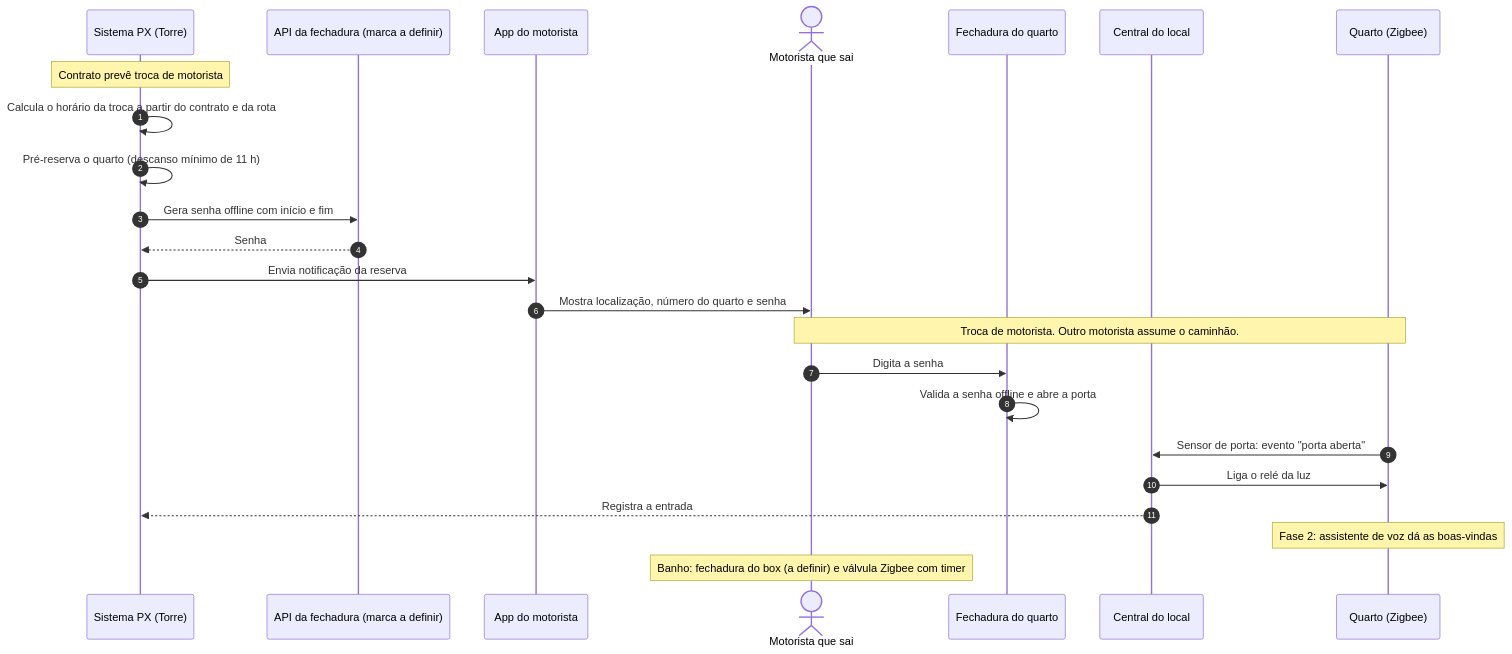
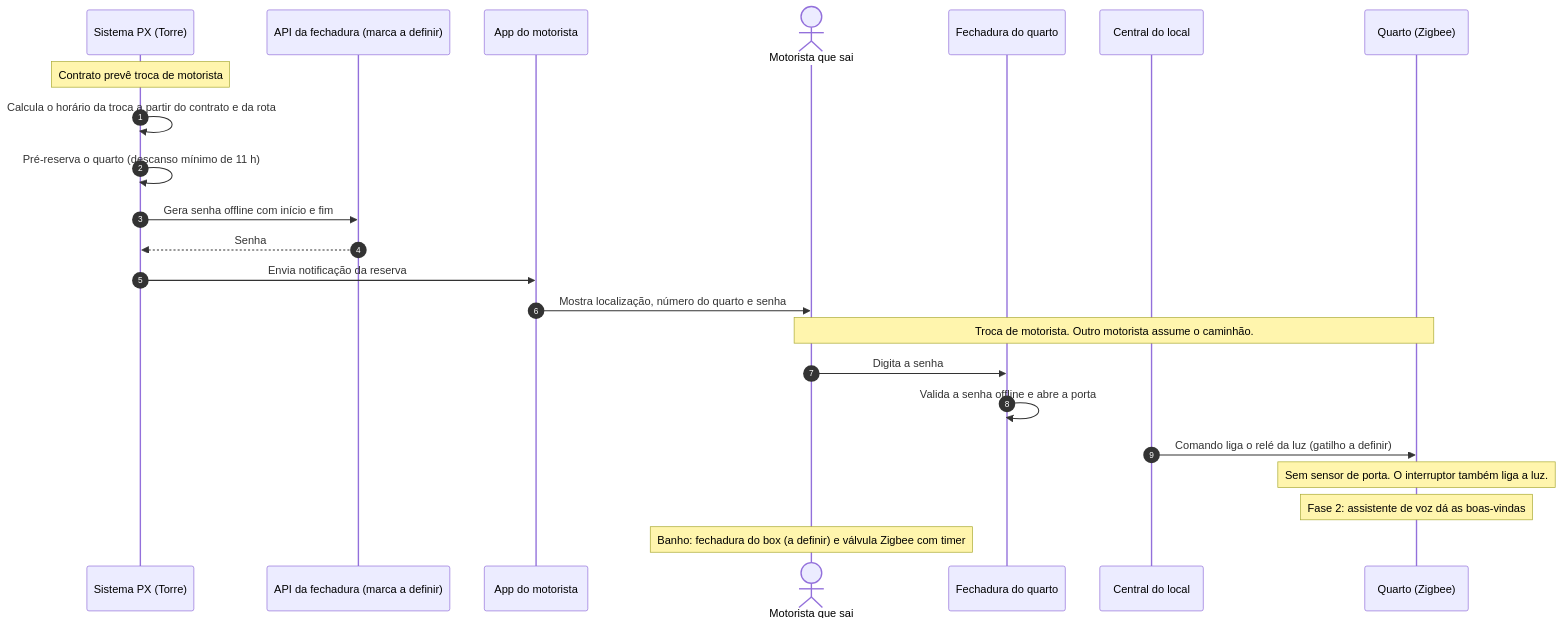
The diagram in README.md (JoaoBornelli/px-room), drawn with Mermaid before and after one commit. The commit also changed other lines of this file and 7 other files, not shown here.

````diff
--- a/README.md
+++ b/README.md
@@ -53,30 +53,29 @@
 ```mermaid
 sequenceDiagram
     autonumber
     participant T as Sistema PX (Torre)
     participant L as API da fechadura (marca a definir)
     participant A as App do motorista
     actor M as Motorista que sai
     participant F as Fechadura do quarto
     participant C as Central do local
     participant Q as Quarto (Zigbee)
 
     Note over T: Contrato prevê troca de motorista
     T->>T: Calcula o horário da troca a partir do contrato e da rota
     T->>T: Pré-reserva o quarto (descanso mínimo de 11 h)
     T->>L: Gera senha offline com início e fim
     L-->>T: Senha
     T->>A: Envia notificação da reserva
     A->>M: Mostra localização, número do quarto e senha
 
     Note over M,Q: Troca de motorista. Outro motorista assume o caminhão.
 
     M->>F: Digita a senha
     F->>F: Valida a senha offline e abre a porta
-    Q->>C: Sensor de porta: evento "porta aberta"
-    C->>Q: Liga o relé da luz
-    C-->>T: Registra a entrada
+    C->>Q: Comando liga o relé da luz (gatilho a definir)
+    Note over Q: Sem sensor de porta. O interruptor também liga a luz.
     Note over Q: Fase 2: assistente de voz dá as boas-vindas
 
     Note over M: Banho: fechadura do box (a definir) e válvula Zigbee com timer
 ```
````
